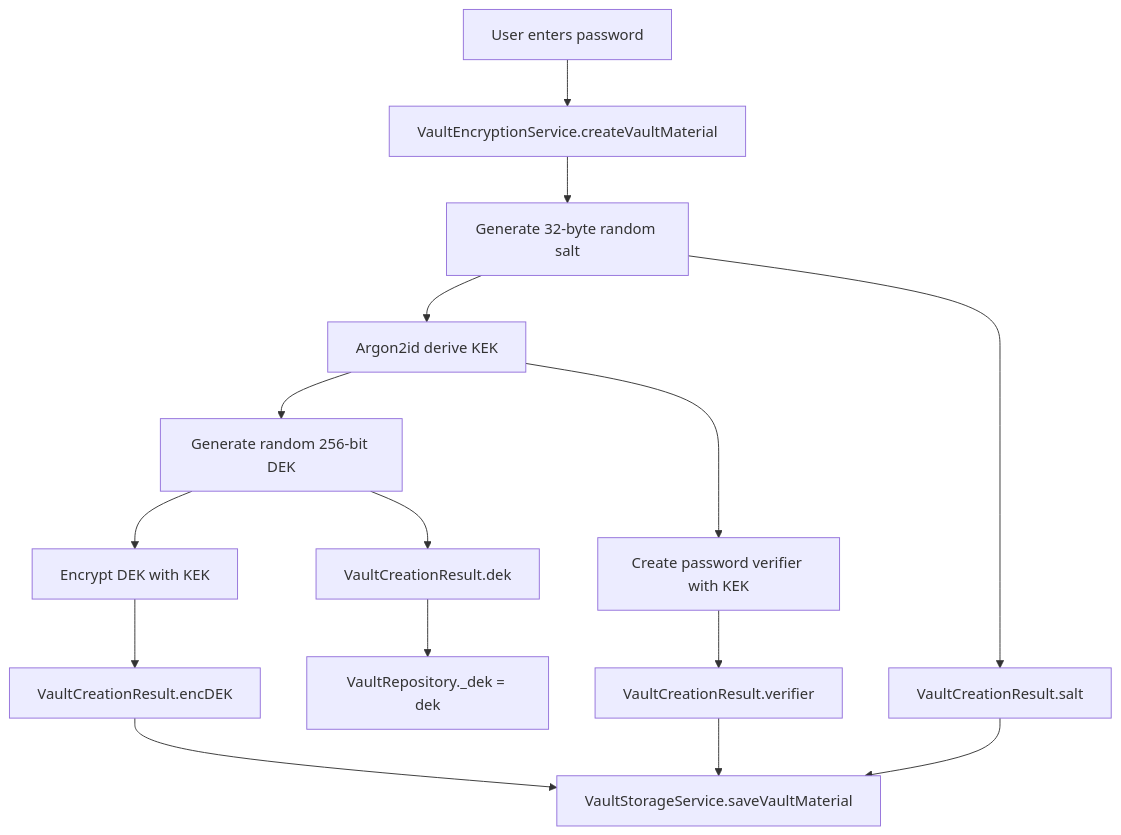
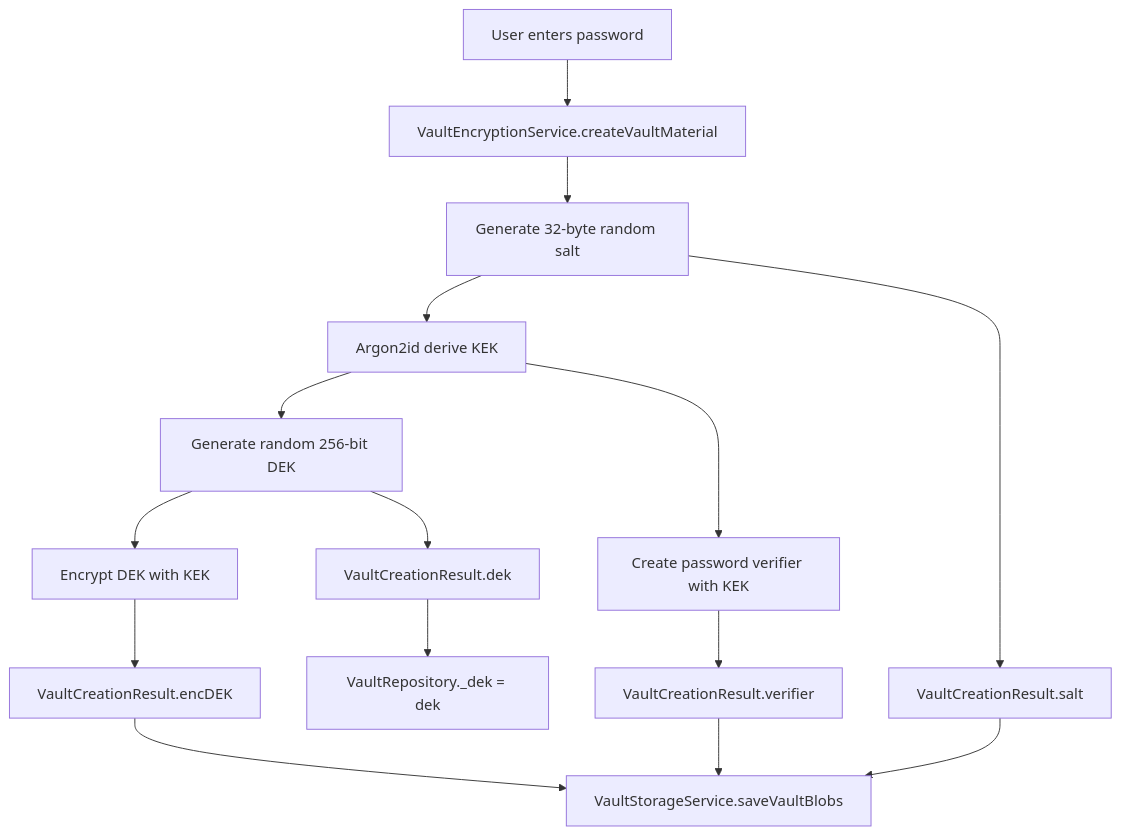
Before and after one commit to Mikeruss1418/Trident: the fourth of 19 diagrams in DEVELOPER_GUIDE.md, drawn with Mermaid. The commit also changed other lines of this file and 17 other files, not shown here.

Commit message:
implementation of the biometric flow as well, for more details look inside the developer_guide.md

````diff
--- a/DEVELOPER_GUIDE.md
+++ b/DEVELOPER_GUIDE.md
@@ -227,17 +257,17 @@
-``` mermaid
+```mermaid
 flowchart TD
     U[User enters password] --> A[VaultEncryptionService.createVaultMaterial]
     A --> B[Generate 32-byte random salt]
     B --> C[Argon2id derive KEK]
     C --> D[Generate random 256-bit DEK]
     D --> E[Encrypt DEK with KEK]
     C --> F[Create password verifier with KEK]
     E --> G[VaultCreationResult.encDEK]
     F --> H[VaultCreationResult.verifier]
     B --> I[VaultCreationResult.salt]
     D --> J[VaultCreationResult.dek]
-    G --> K[VaultStorageService.saveVaultMaterial]
+    G --> K[VaultStorageService.saveVaultBlobs]
     H --> K
     I --> K
     J --> L[VaultRepository._dek = dek]
 ```
````
